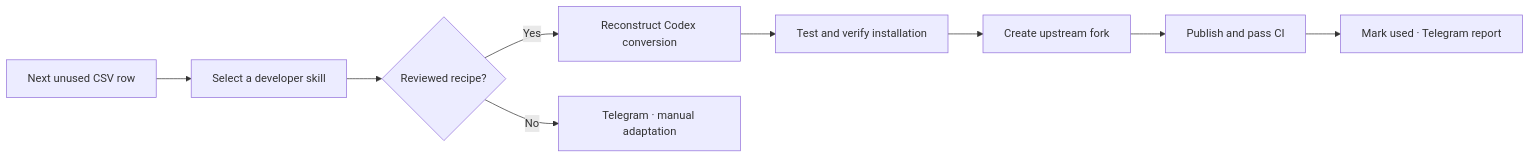
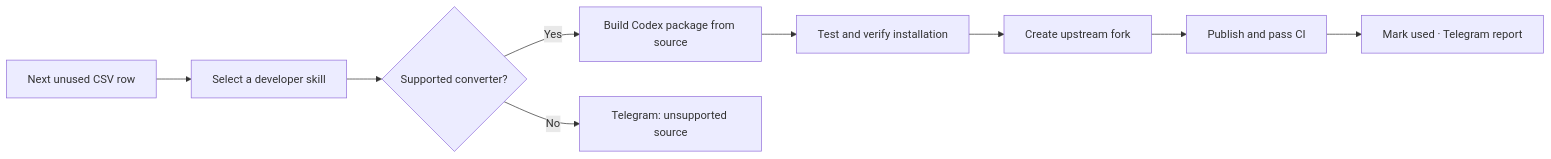
Before and after one commit to gkmraju/codex-skill-creator: the diagram in README.md, drawn with Mermaid. The commit also changed other lines of this file and 13 other files, not shown here.

````diff
--- a/README.md
+++ b/README.md
@@ -24,11 +24,11 @@
 ```mermaid
 flowchart LR
     A["Next unused CSV row"] --> B["Select a developer skill"]
-    B --> R{"Reviewed recipe?"}
-    R -->|Yes| C["Reconstruct Codex conversion"]
-    R -->|No| M["Telegram · manual adaptation"]
+    B --> R{"Supported converter?"}
+    R -->|Yes| C["Build Codex package from source"]
+    R -->|No| M["Telegram: unsupported source"]
     C --> D["Test and verify installation"]
     D --> E["Create upstream fork"]
     E --> F["Publish and pass CI"]
     F --> G["Mark used · Telegram report"]
 ```
````
